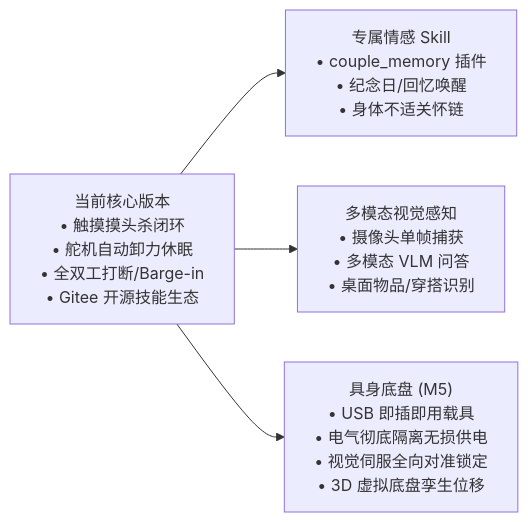
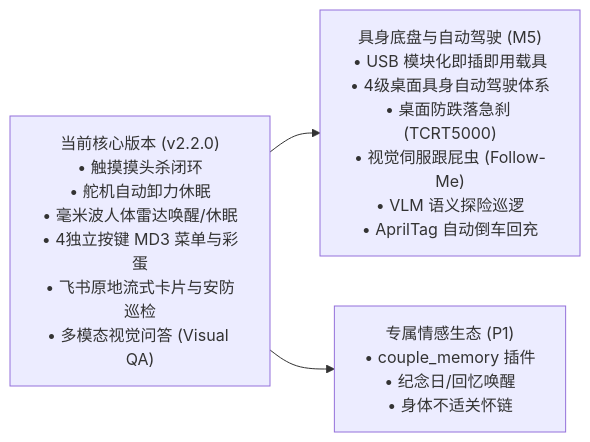
The first of 3 diagrams in docs/ROADMAP.md (Yugle/PIG), drawn with Mermaid before and after one commit. The commit also changed other lines of this file, not shown here.

Commit message:
docs(roadmap): update v2.2.0 roadmap with 4-level autonomous driving & chassis hardware specs

````diff
--- a/docs/ROADMAP.md
+++ b/docs/ROADMAP.md
@@ -21,11 +21,9 @@
 ```mermaid
 flowchart LR
-    Current["当前核心版本<br/>• 触摸摸头杀闭环<br/>• 舵机自动卸力休眠<br/>• 全双工打断/Barge-in<br/>• Gitee 开源技能生态"]
-    NextP1["专属情感 Skill<br/>• couple_memory 插件<br/>• 纪念日/回忆唤醒<br/>• 身体不适关怀链"]
-    NextP2["多模态视觉感知<br/>• 摄像头单帧捕获<br/>• 多模态 VLM 问答<br/>• 桌面物品/穿搭识别"]
-    NextM5["具身底盘 (M5)<br/>• USB 即插即用载具<br/>• 电气彻底隔离无损供电<br/>• 视觉伺服全向对准锁定<br/>• 3D 虚拟底盘孪生位移"]
+    Current["当前核心版本 (v2.2.0)<br/>• 触摸摸头杀闭环<br/>• 舵机自动卸力休眠<br/>• 毫米波人体雷达唤醒/休眠<br/>• 4独立按键 MD3 菜单与彩蛋<br/>• 飞书原地流式卡片与安防巡检<br/>• 多模态视觉问答 (Visual QA)"]
+    NextM5["具身底盘与自动驾驶 (M5)<br/>• USB 模块化即插即用载具<br/>• 4级桌面具身自动驾驶体系<br/>• 桌面防跌落急刹 (TCRT5000)<br/>• 视觉伺服跟屁虫 (Follow-Me)<br/>• VLM 语义探险巡逻<br/>• AprilTag 自动倒车回充"]
+    NextP1["专属情感生态 (P1)<br/>• couple_memory 插件<br/>• 纪念日/回忆唤醒<br/>• 身体不适关怀链"]
 
+    Current --> NextM5
     Current --> NextP1
-    Current --> NextP2
-    Current --> NextM5
 ```
````
